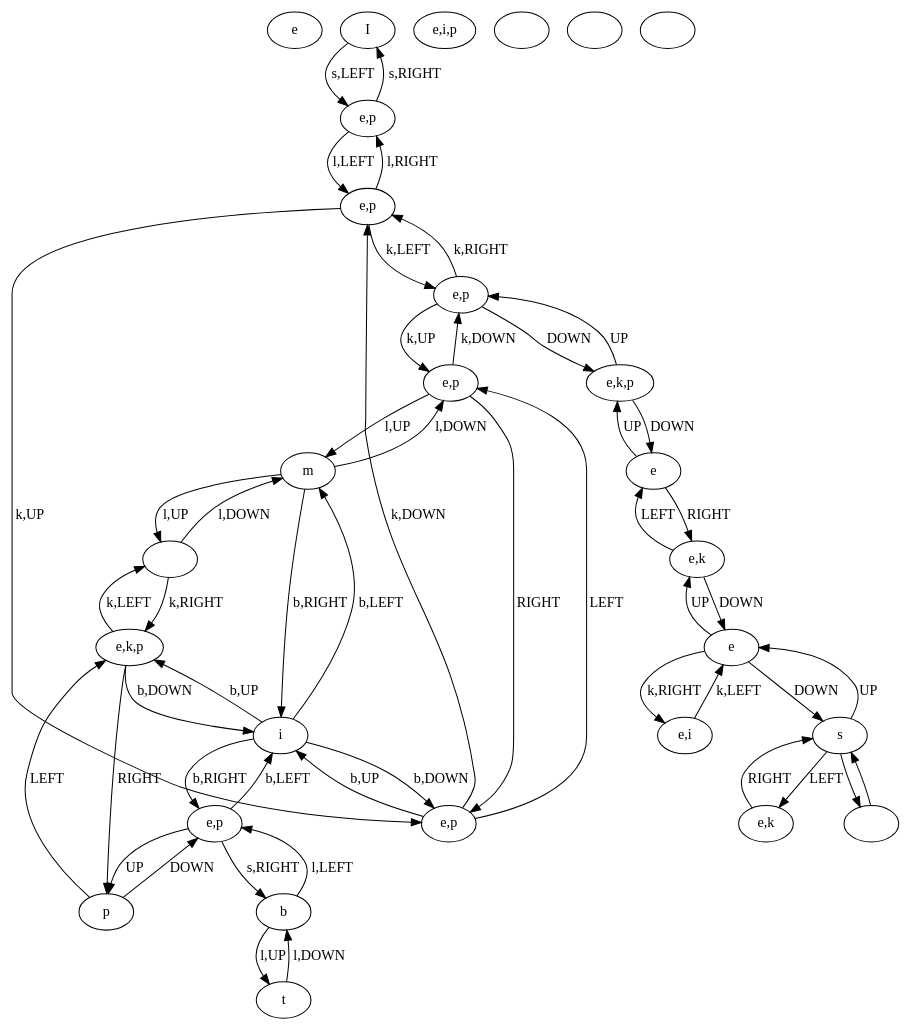
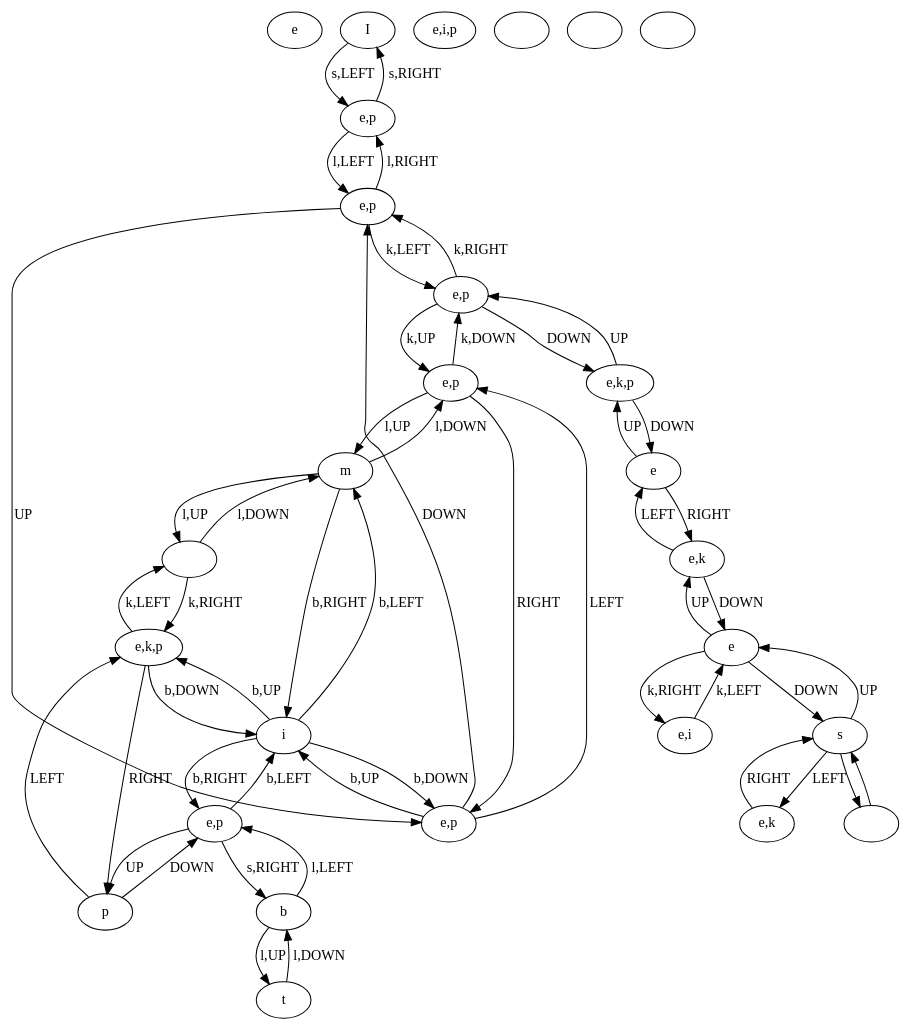
The diagram in data/VGLC/Zelda/Graph Processed/tloz4_1_flip.dot (schrum2/MM-NEAT), drawn with Graphviz before and after one commit.

Commit message:
Remove locked door #404

```diff
--- a/data/VGLC/Zelda/Graph Processed/tloz4_1_flip.dot
+++ b/data/VGLC/Zelda/Graph Processed/tloz4_1_flip.dot
@@ -1,79 +1,79 @@
 digraph {
 0 [label="e"]
 1 [label="I"]
 2 [label="e,i,p"]
 3 [label=""]
 4 [label=""]
 5 [label=""]
 6 [label="p"]
 7 [label="t"]
 8 [label=""]
 9 [label=""]
 10 [label="e,k"]
 11 [label="s"]
 12 [label="e,i"]
 13 [label="e"]
 14 [label="e"]
 15 [label="e,k"]
 16 [label="e,p"]
 17 [label="e,k,p"]
 18 [label="e,p"]
 19 [label="e,p"]
 20 [label="e,p"]
 21 [label="e,p"]
 22 [label="e,p"]
 23 [label="b"]
 24 [label="m"]
 25 [label="i"]
 26 [label="e,k,p"]
 9 -> 11 [label=""]
 11 -> 9 [label=""]
 11 -> 10 [label="LEFT"]
 10 -> 11 [label="RIGHT"]
 11 -> 13 [label="UP"]
 13 -> 11 [label="DOWN"]
 13 -> 15 [label="UP"]
 15 -> 13 [label="DOWN"]
 15 -> 14 [label="LEFT"]
 14 -> 15 [label="RIGHT"]
 14 -> 17 [label="UP"]
 17 -> 14 [label="DOWN"]
 17 -> 16 [label="UP"]
 16 -> 17 [label="DOWN"]
 18 -> 1 [label="s,RIGHT"]
 1 -> 18 [label="s,LEFT"]
 20 -> 21 [label="RIGHT"]
 21 -> 20 [label="LEFT"]
 22 -> 6 [label="UP"]
 6 -> 22 [label="DOWN"]
 6 -> 26 [label="LEFT"]
 26 -> 6 [label="RIGHT"]
 24 -> 25 [label="b,RIGHT"]
 25 -> 24 [label="b,LEFT"]
 25 -> 22 [label="b,RIGHT"]
 22 -> 25 [label="b,LEFT"]
 25 -> 21 [label="b,DOWN"]
 21 -> 25 [label="b,UP"]
 25 -> 26 [label="b,UP"]
 26 -> 25 [label="b,DOWN"]
 13 -> 12 [label="k,RIGHT"]
 12 -> 13 [label="k,LEFT"]
 16 -> 19 [label="k,RIGHT"]
 19 -> 16 [label="k,LEFT"]
 16 -> 20 [label="k,UP"]
 20 -> 16 [label="k,DOWN"]
-19 -> 21 [label="k,UP"]
-21 -> 19 [label="k,DOWN"]
+19 -> 21 [label="UP"]
+21 -> 19 [label="DOWN"]
 19 -> 18 [label="l,RIGHT"]
 18 -> 19 [label="l,LEFT"]
 22 -> 23 [label="s,RIGHT"]
 23 -> 22 [label="l,LEFT"]
 23 -> 7 [label="l,UP"]
 7 -> 23 [label="l,DOWN"]
 24 -> 4 [label="l,UP"]
 4 -> 24 [label="l,DOWN"]
 24 -> 20 [label="l,DOWN"]
 20 -> 24 [label="l,UP"]
 4 -> 26 [label="k,RIGHT"]
 26 -> 4 [label="k,LEFT"]
 }
```
